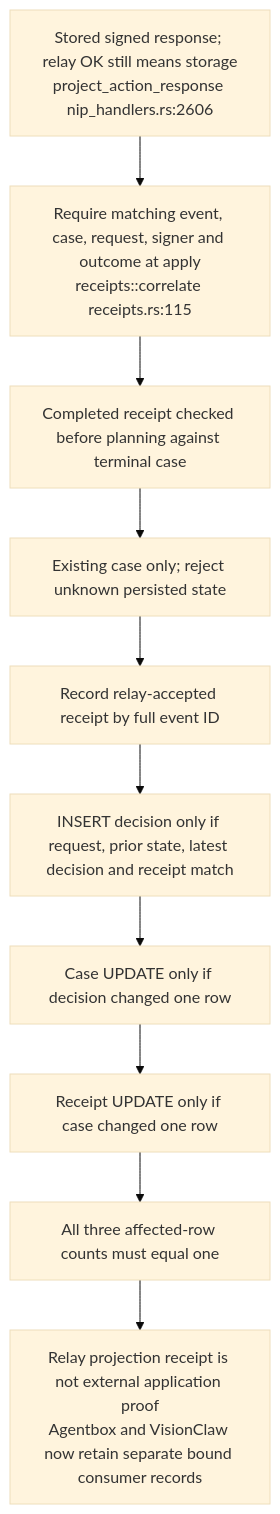
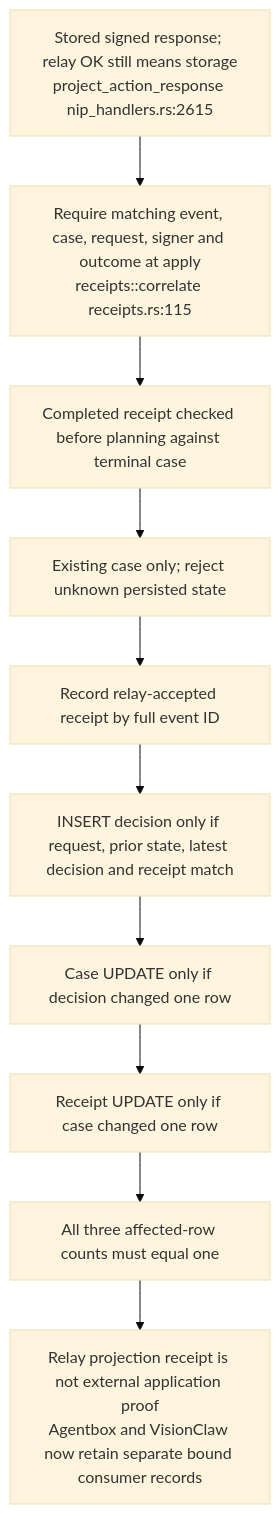
The ninth of 16 diagrams in docs/diagrams/nostr-rust-forum/06-agent-control-surface-31400-31405.md (DreamLab-AI/VisionFlow), drawn with Mermaid (base theme) before and after one commit. The commit also changed other lines of this file and 26 other files, not shown here.

First line of the commit message:
docs(diagrams): re-verify solid-pod-rs, nostr-rust-forum and visionclaw 22/36 against HEAD

````diff
--- a/docs/diagrams/nostr-rust-forum/06-agent-control-surface-31400-31405.md
+++ b/docs/diagrams/nostr-rust-forum/06-agent-control-surface-31400-31405.md
@@ -271,12 +271,12 @@
 ```mermaid
 flowchart TB
-    EVENT["Stored signed response; relay OK still means storage<br/>project_action_response nip_handlers.rs:2606"] --> CORR["Require matching event, case, request, signer and outcome at apply<br/>receipts::correlate receipts.rs:115"]
+    EVENT["Stored signed response; relay OK still means storage<br/>project_action_response nip_handlers.rs:2615"] --> CORR["Require matching event, case, request, signer and outcome at apply<br/>receipts::correlate receipts.rs:115"]
     CORR --> REPLAY["Completed receipt checked before planning against terminal case"]
     REPLAY --> PLAN["Existing case only; reject unknown persisted state"]
     PLAN --> ACCEPT["Record relay-accepted receipt by full event ID"]
     ACCEPT --> SQL["INSERT decision only if request, prior state, latest decision and receipt match"]
     SQL --> CASE["Case UPDATE only if decision changed one row"]
     CASE --> RECEIPT["Receipt UPDATE only if case changed one row"]
     RECEIPT --> CHECK["All three affected-row counts must equal one"]
     CHECK --> LIMIT["Relay projection receipt is not external application proof<br/>Agentbox and VisionClaw now retain separate bound consumer records"]
 ```
````
